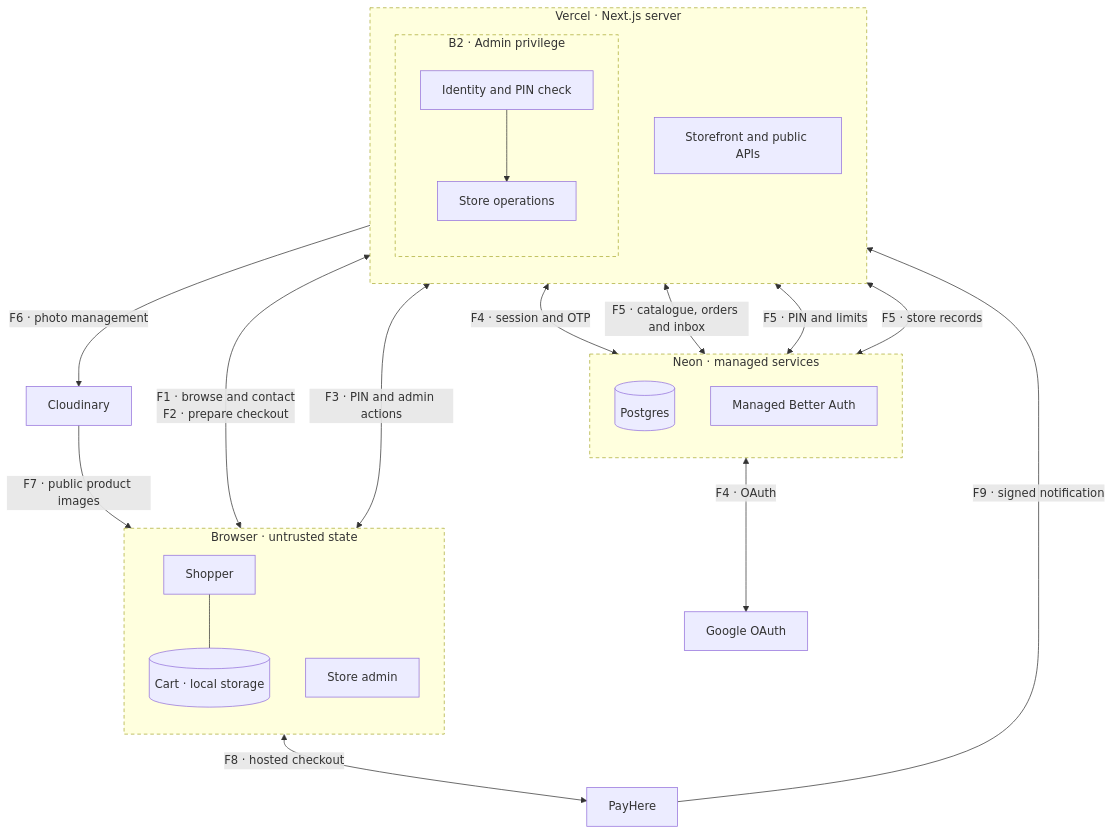
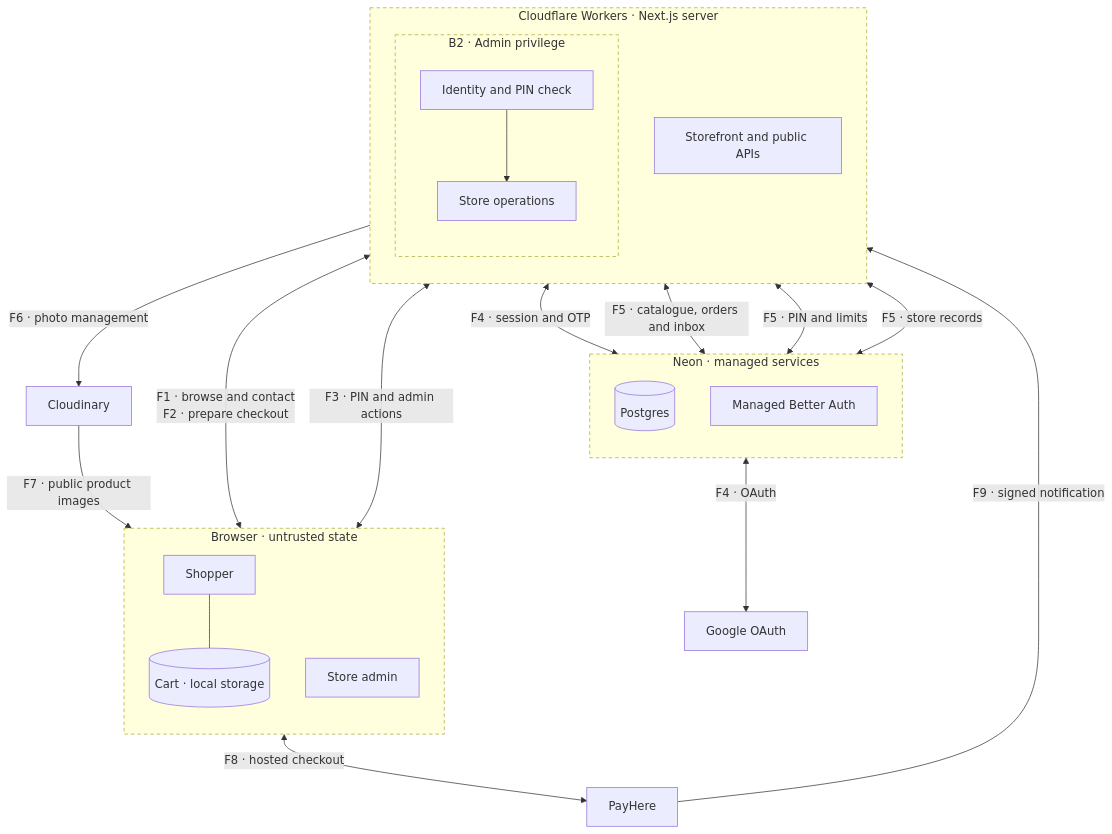
The diagram in docs/security/trust-boundaries.md (deshandinidu2001/vault-and-vein-phase-1), drawn with Mermaid before and after one commit. The commit also changed other lines of this file and 25 other files, not shown here.

````diff
--- a/docs/security/trust-boundaries.md
+++ b/docs/security/trust-boundaries.md
@@ -5,49 +5,49 @@
 ```mermaid
 flowchart TB
     subgraph CLIENT["Browser · untrusted state"]
         direction TB
         BUYER["Shopper"]
         CART[("Cart · local storage")]
         OPERATOR["Store admin"]
         BUYER --- CART
     end
 
-    subgraph APP["Vercel · Next.js server"]
+    subgraph APP["Cloudflare Workers · Next.js server"]
         direction TB
         PUBLIC["Storefront and public APIs"]
 
         subgraph PRIV["B2 · Admin privilege"]
             direction TB
             AUTH["Identity and PIN check"]
             ADMIN["Store operations"]
             AUTH --> ADMIN
         end
     end
 
     subgraph NEON["Neon · managed services"]
         direction TB
         DB[("Postgres")]
         NEONAUTH["Managed Better Auth"]
     end
 
     GOOGLE["Google OAuth"]
     CLOUDINARY["Cloudinary"]
     PAYHERE["PayHere"]
 
     BUYER <-->|"F1 · browse and contact<br/>F2 · prepare checkout"| PUBLIC
     OPERATOR <-->|"F3 · PIN and admin actions"| AUTH
     AUTH <-->|"F4 · session and OTP"| NEONAUTH
     NEONAUTH <-->|"F4 · OAuth"| GOOGLE
     PUBLIC <-->|"F5 · catalogue, orders and inbox"| DB
     AUTH <-->|"F5 · PIN and limits"| DB
     ADMIN <-->|"F5 · store records"| DB
     ADMIN -->|"F6 · photo management"| CLOUDINARY
     CLOUDINARY -->|"F7 · public product images"| BUYER
     BUYER <-->|"F8 · hosted checkout"| PAYHERE
     PAYHERE -->|"F9 · signed notification"| PUBLIC
 
     style CLIENT stroke-dasharray: 5 4
     style APP stroke-dasharray: 5 4
     style PRIV stroke-dasharray: 5 4
     style NEON stroke-dasharray: 5 4
 ```
````
